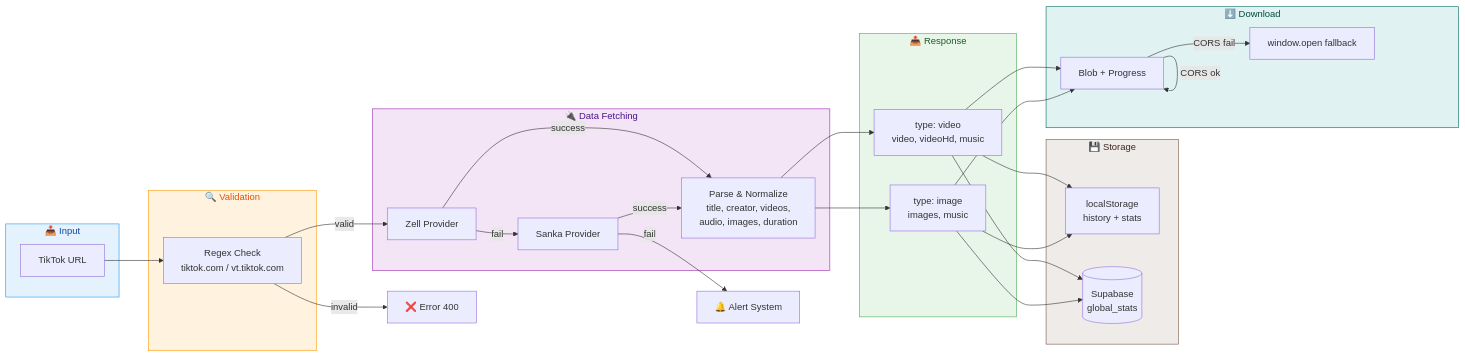
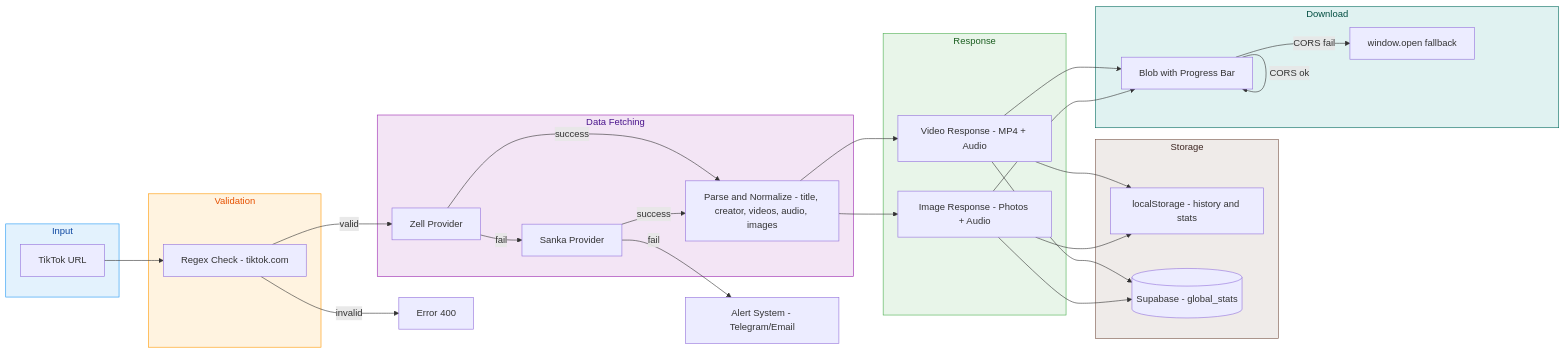
Before and after one commit to jundy779/FusionTik: the fourth of 6 diagrams in README.md, drawn with Mermaid. The commit also changed other lines of this file, not shown here.

First line of the commit message:
fix: fix all Mermaid diagram syntax errors for GitHub rendering

````diff
--- a/README.md
+++ b/README.md
@@ -222,56 +212,56 @@
 ```mermaid
 flowchart LR
-    subgraph INPUT["📥 Input"]
-        URL[TikTok URL]
+    subgraph INPUT["Input"]
+        URL["TikTok URL"]
     end
 
-    subgraph VALIDATION["🔍 Validation"]
-        REGEX[Regex Check<br/>tiktok.com / vt.tiktok.com]
+    subgraph VALIDATION["Validation"]
+        REGEX["Regex Check - tiktok.com"]
     end
 
-    subgraph FETCH["🔌 Data Fetching"]
-        Z[Zell Provider]
-        S[Sanka Provider]
-        PARSE[Parse & Normalize<br/>title, creator, videos,<br/>audio, images, duration]
+    subgraph FETCH["Data Fetching"]
+        Z["Zell Provider"]
+        S["Sanka Provider"]
+        PARSE["Parse and Normalize - title, creator, videos, audio, images"]
     end
 
-    subgraph RESPONSE["📤 Response"]
-        VIDEO[type: video<br/>video, videoHd, music]
-        IMAGE[type: image<br/>images, music]
+    subgraph RESPONSE["Response"]
+        VIDEO["Video Response - MP4 + Audio"]
+        IMAGE["Image Response - Photos + Audio"]
     end
 
-    subgraph STORAGE["💾 Storage"]
-        LS[localStorage<br/>history + stats]
-        DB[(Supabase<br/>global_stats)]
+    subgraph STORAGE["Storage"]
+        LS["localStorage - history and stats"]
+        DB[("Supabase - global_stats")]
     end
 
-    subgraph DOWNLOAD["⬇️ Download"]
-        BLOB[Blob + Progress]
-        OPEN[window.open fallback]
+    subgraph DOWNLOAD["Download"]
+        BLOB["Blob with Progress Bar"]
+        OPEN["window.open fallback"]
     end
 
     URL --> REGEX
     REGEX -->|valid| Z
-    REGEX -->|invalid| ERR[❌ Error 400]
+    REGEX -->|invalid| ERR["Error 400"]
     Z -->|success| PARSE
     Z -->|fail| S
     S -->|success| PARSE
-    S -->|fail| ALERT[🔔 Alert System]
+    S -->|fail| ALERT["Alert System - Telegram/Email"]
     PARSE --> VIDEO
     PARSE --> IMAGE
     VIDEO --> LS
     IMAGE --> LS
     VIDEO --> DB
     IMAGE --> DB
     VIDEO --> BLOB
     IMAGE --> BLOB
     BLOB -->|CORS ok| BLOB
     BLOB -->|CORS fail| OPEN
 
     style INPUT fill:#e3f2fd,stroke:#2196f3,color:#0d47a1
     style VALIDATION fill:#fff3e0,stroke:#ff9800,color:#e65100
     style FETCH fill:#f3e5f5,stroke:#9c27b0,color:#4a148c
     style RESPONSE fill:#e8f5e9,stroke:#4caf50,color:#1b5e20
     style STORAGE fill:#efebe9,stroke:#795548,color:#3e2723
     style DOWNLOAD fill:#e0f2f1,stroke:#00695c,color:#004d40
 ```
````
